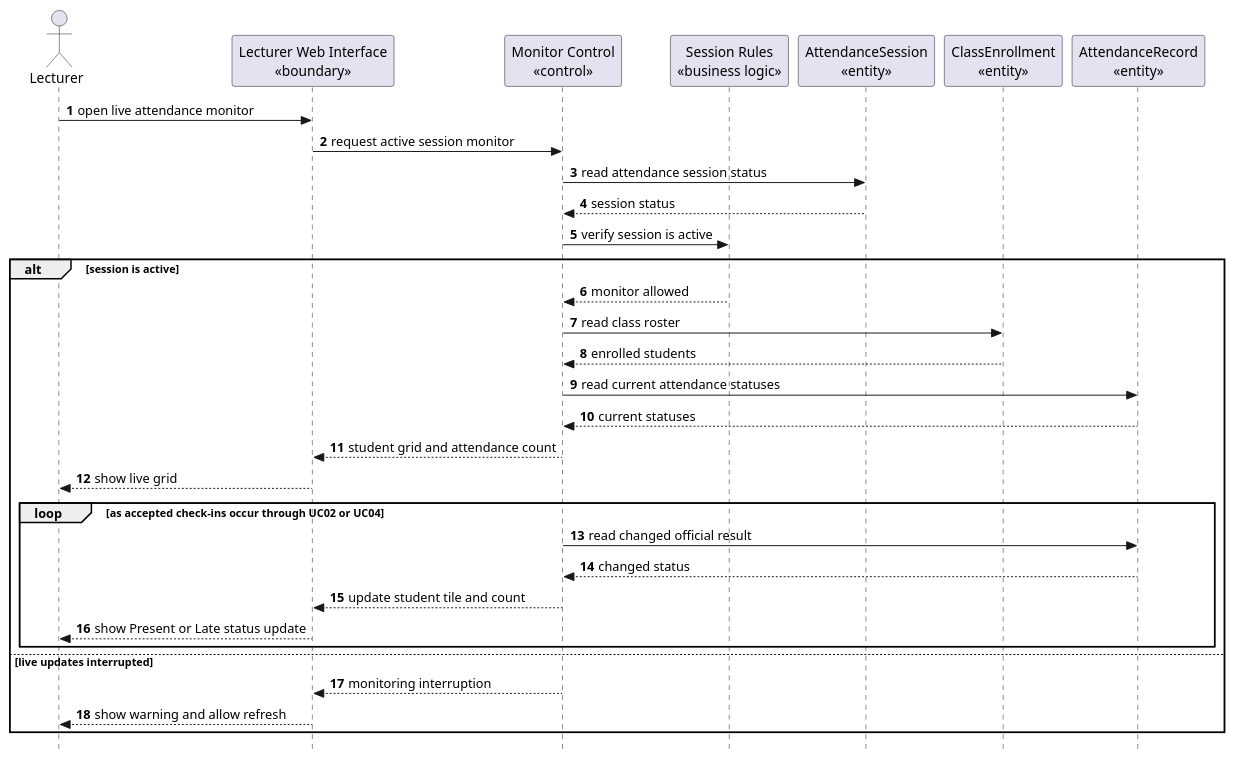
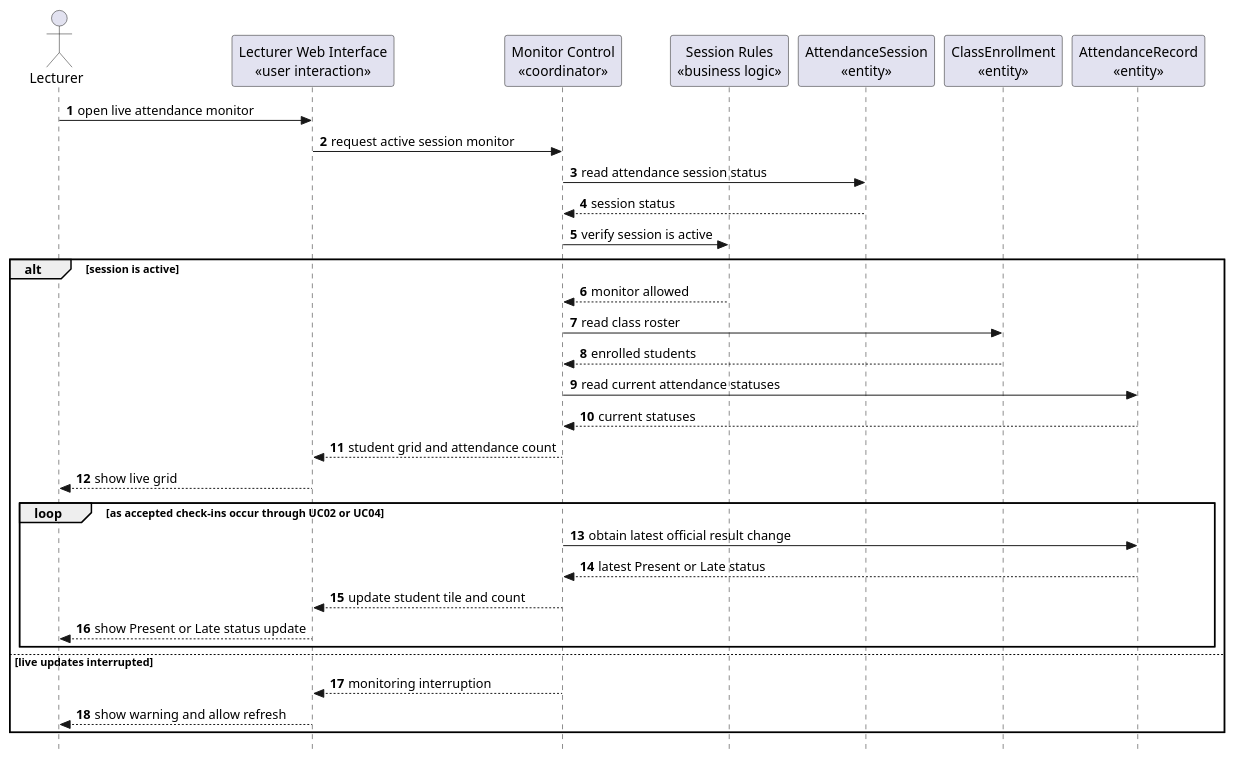
One commit to nttung42/SWD392 changed diagram 17 of 29 in docs/sds/2_Analysis.md. Above: the diagram before and after it, drawn with PlantUML. The commit also changed other lines of this file and 1 other file, not shown here.

````diff
--- a/docs/sds/2_Analysis.md
+++ b/docs/sds/2_Analysis.md
@@ -837,39 +898,39 @@
 ```plantuml
 @startuml
 skinparam style strictuml
 autonumber
 actor "Lecturer" as Lecturer
-participant "Lecturer Web Interface\n«boundary»" as LecturerUI
-participant "Monitor Control\n«control»" as MonitorControl
+participant "Lecturer Web Interface\n«user interaction»" as LecturerUI
+participant "Monitor Control\n«coordinator»" as MonitorControl
 participant "Session Rules\n«business logic»" as SessionRules
 participant "AttendanceSession\n«entity»" as AttendanceSession
 participant "ClassEnrollment\n«entity»" as ClassEnrollment
 participant "AttendanceRecord\n«entity»" as AttendanceRecord
 
 Lecturer -> LecturerUI : open live attendance monitor
 LecturerUI -> MonitorControl : request active session monitor
 MonitorControl -> AttendanceSession : read attendance session status
 AttendanceSession --> MonitorControl : session status
 MonitorControl -> SessionRules : verify session is active
 
 alt session is active
   SessionRules --> MonitorControl : monitor allowed
   MonitorControl -> ClassEnrollment : read class roster
   ClassEnrollment --> MonitorControl : enrolled students
   MonitorControl -> AttendanceRecord : read current attendance statuses
   AttendanceRecord --> MonitorControl : current statuses
   MonitorControl --> LecturerUI : student grid and attendance count
   LecturerUI --> Lecturer : show live grid
 
   loop as accepted check-ins occur through UC02 or UC04
-    MonitorControl -> AttendanceRecord : read changed official result
-    AttendanceRecord --> MonitorControl : changed status
+    MonitorControl -> AttendanceRecord : obtain latest official result change
+    AttendanceRecord --> MonitorControl : latest Present or Late status
     MonitorControl --> LecturerUI : update student tile and count
     LecturerUI --> Lecturer : show Present or Late status update
   end
 else live updates interrupted
   MonitorControl --> LecturerUI : monitoring interruption
   LecturerUI --> Lecturer : show warning and allow refresh
 end
 @enduml
 ```
````
